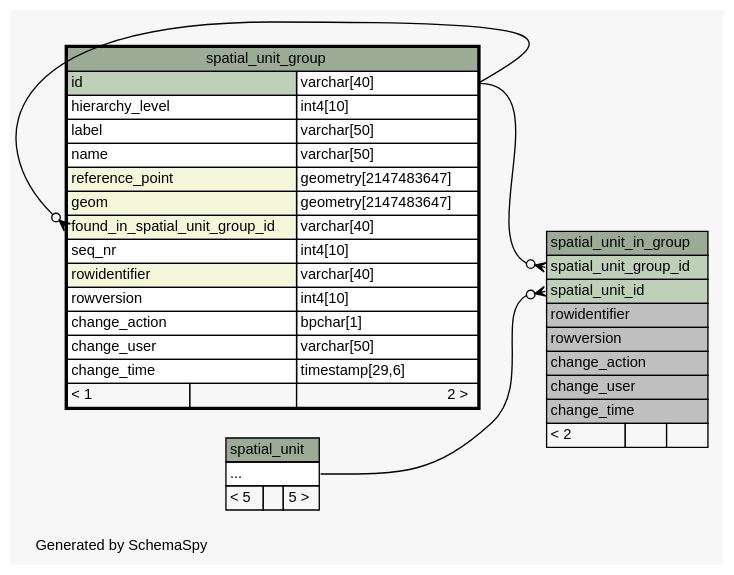
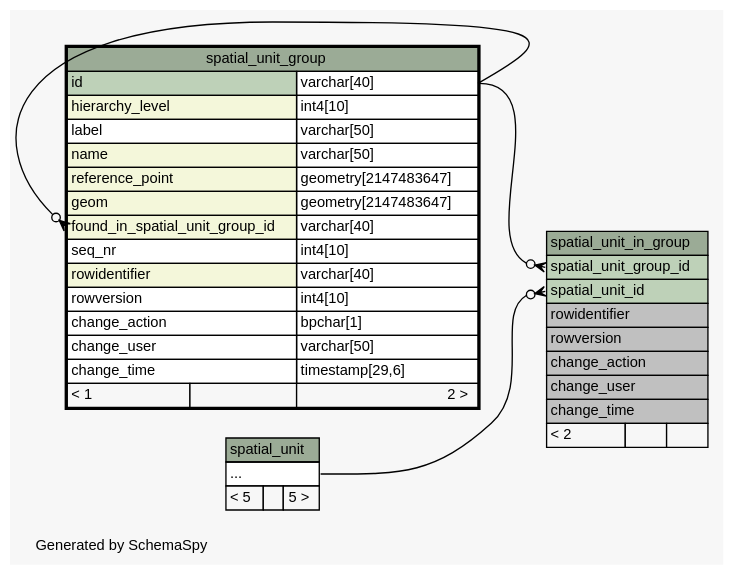
One commit to SOLA-SR-FAO/database changed the diagram in doc/cadastre/diagrams/spatial_unit_group.2degrees.dot. Above: the diagram before and after it, drawn with Graphviz. The commit also changed 592 other files, not shown here.

```diff
--- a/doc/cadastre/diagrams/spatial_unit_group.2degrees.dot
+++ b/doc/cadastre/diagrams/spatial_unit_group.2degrees.dot
@@ -1,73 +1,73 @@
 // dot 2.36.0 on Windows 7 6.1
 // SchemaSpy rev 590
 digraph "twoDegreesRelationshipsDiagram" {
   graph [
     rankdir="RL"
     bgcolor="#f7f7f7"
     label="\nGenerated by SchemaSpy"
     labeljust="l"
     nodesep="0.18"
     ranksep="0.46"
     fontname="Helvetica"
     fontsize="11"
   ];
   node [
     fontname="Helvetica"
     fontsize="11"
     shape="plaintext"
   ];
   edge [
     arrowsize="0.8"
   ];
   "spatial_unit_group":"found_in_spatial_unit_group_id":w -> "spatial_unit_group":"id.type":e [arrowhead=none dir=back arrowtail=crowodot];
   "spatial_unit_in_group":"spatial_unit_group_id":w -> "spatial_unit_group":"id.type":e [arrowhead=none dir=back arrowtail=crowodot];
   "spatial_unit_in_group":"spatial_unit_id":w -> "spatial_unit":"elipses":e [arrowhead=none dir=back arrowtail=crowodot];
   "spatial_unit" [
     label=<
     <TABLE BORDER="0" CELLBORDER="1" CELLSPACING="0" BGCOLOR="#ffffff">
       <TR><TD COLSPAN="3" BGCOLOR="#9bab96" ALIGN="CENTER">spatial_unit</TD></TR>
       <TR><TD PORT="elipses" COLSPAN="3" ALIGN="LEFT">...</TD></TR>
       <TR><TD ALIGN="LEFT" BGCOLOR="#f7f7f7">&lt; 5</TD><TD ALIGN="RIGHT" BGCOLOR="#f7f7f7">  </TD><TD ALIGN="RIGHT" BGCOLOR="#f7f7f7">5 &gt;</TD></TR>
     </TABLE>>
     URL="spatial_unit.html"
     tooltip="spatial_unit"
   ];
   "spatial_unit_group" [
     label=<
     <TABLE BORDER="2" CELLBORDER="1" CELLSPACING="0" BGCOLOR="#ffffff">
       <TR><TD COLSPAN="3" BGCOLOR="#9bab96" ALIGN="CENTER">spatial_unit_group</TD></TR>
       <TR><TD PORT="id" COLSPAN="2" BGCOLOR="#bed1b8" ALIGN="LEFT">id</TD><TD PORT="id.type" ALIGN="LEFT">varchar[40]</TD></TR>
-      <TR><TD PORT="hierarchy_level" COLSPAN="2" ALIGN="LEFT">hierarchy_level</TD><TD PORT="hierarchy_level.type" ALIGN="LEFT">int4[10]</TD></TR>
+      <TR><TD PORT="hierarchy_level" COLSPAN="2" BGCOLOR="#f4f7da" ALIGN="LEFT">hierarchy_level</TD><TD PORT="hierarchy_level.type" ALIGN="LEFT">int4[10]</TD></TR>
       <TR><TD PORT="label" COLSPAN="2" ALIGN="LEFT">label</TD><TD PORT="label.type" ALIGN="LEFT">varchar[50]</TD></TR>
-      <TR><TD PORT="name" COLSPAN="2" ALIGN="LEFT">name</TD><TD PORT="name.type" ALIGN="LEFT">varchar[50]</TD></TR>
+      <TR><TD PORT="name" COLSPAN="2" BGCOLOR="#f4f7da" ALIGN="LEFT">name</TD><TD PORT="name.type" ALIGN="LEFT">varchar[50]</TD></TR>
       <TR><TD PORT="reference_point" COLSPAN="2" BGCOLOR="#f4f7da" ALIGN="LEFT">reference_point</TD><TD PORT="reference_point.type" ALIGN="LEFT">geometry[2147483647]</TD></TR>
       <TR><TD PORT="geom" COLSPAN="2" BGCOLOR="#f4f7da" ALIGN="LEFT">geom</TD><TD PORT="geom.type" ALIGN="LEFT">geometry[2147483647]</TD></TR>
       <TR><TD PORT="found_in_spatial_unit_group_id" COLSPAN="2" BGCOLOR="#f4f7da" ALIGN="LEFT">found_in_spatial_unit_group_id</TD><TD PORT="found_in_spatial_unit_group_id.type" ALIGN="LEFT">varchar[40]</TD></TR>
       <TR><TD PORT="seq_nr" COLSPAN="2" ALIGN="LEFT">seq_nr</TD><TD PORT="seq_nr.type" ALIGN="LEFT">int4[10]</TD></TR>
       <TR><TD PORT="rowidentifier" COLSPAN="2" BGCOLOR="#f4f7da" ALIGN="LEFT">rowidentifier</TD><TD PORT="rowidentifier.type" ALIGN="LEFT">varchar[40]</TD></TR>
       <TR><TD PORT="rowversion" COLSPAN="2" ALIGN="LEFT">rowversion</TD><TD PORT="rowversion.type" ALIGN="LEFT">int4[10]</TD></TR>
       <TR><TD PORT="change_action" COLSPAN="2" ALIGN="LEFT">change_action</TD><TD PORT="change_action.type" ALIGN="LEFT">bpchar[1]</TD></TR>
       <TR><TD PORT="change_user" COLSPAN="2" ALIGN="LEFT">change_user</TD><TD PORT="change_user.type" ALIGN="LEFT">varchar[50]</TD></TR>
       <TR><TD PORT="change_time" COLSPAN="2" ALIGN="LEFT">change_time</TD><TD PORT="change_time.type" ALIGN="LEFT">timestamp[29,6]</TD></TR>
       <TR><TD ALIGN="LEFT" BGCOLOR="#f7f7f7">&lt; 1</TD><TD ALIGN="RIGHT" BGCOLOR="#f7f7f7">  </TD><TD ALIGN="RIGHT" BGCOLOR="#f7f7f7">2 &gt;</TD></TR>
     </TABLE>>
     URL="spatial_unit_group.html"
     tooltip="spatial_unit_group"
   ];
   "spatial_unit_in_group" [
     label=<
     <TABLE BORDER="0" CELLBORDER="1" CELLSPACING="0" BGCOLOR="#ffffff">
       <TR><TD COLSPAN="3" BGCOLOR="#9bab96" ALIGN="CENTER">spatial_unit_in_group</TD></TR>
       <TR><TD PORT="spatial_unit_group_id" COLSPAN="3" BGCOLOR="#bed1b8" ALIGN="LEFT">spatial_unit_group_id</TD></TR>
       <TR><TD PORT="spatial_unit_id" COLSPAN="3" BGCOLOR="#bed1b8" ALIGN="LEFT">spatial_unit_id</TD></TR>
       <TR><TD PORT="rowidentifier" COLSPAN="3" BGCOLOR="#c0c0c0" ALIGN="LEFT">rowidentifier</TD></TR>
       <TR><TD PORT="rowversion" COLSPAN="3" BGCOLOR="#c0c0c0" ALIGN="LEFT">rowversion</TD></TR>
       <TR><TD PORT="change_action" COLSPAN="3" BGCOLOR="#c0c0c0" ALIGN="LEFT">change_action</TD></TR>
       <TR><TD PORT="change_user" COLSPAN="3" BGCOLOR="#c0c0c0" ALIGN="LEFT">change_user</TD></TR>
       <TR><TD PORT="change_time" COLSPAN="3" BGCOLOR="#c0c0c0" ALIGN="LEFT">change_time</TD></TR>
       <TR><TD ALIGN="LEFT" BGCOLOR="#f7f7f7">&lt; 2</TD><TD ALIGN="RIGHT" BGCOLOR="#f7f7f7">  </TD><TD ALIGN="RIGHT" BGCOLOR="#f7f7f7">  </TD></TR>
     </TABLE>>
     URL="spatial_unit_in_group.html"
     tooltip="spatial_unit_in_group"
   ];
 }
```
